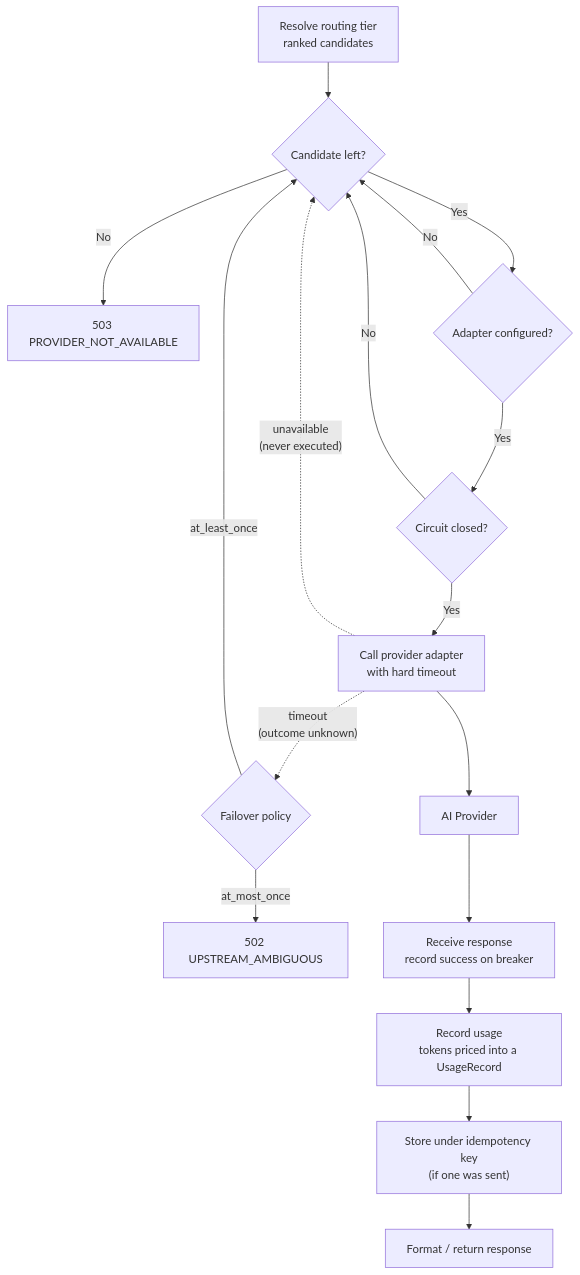
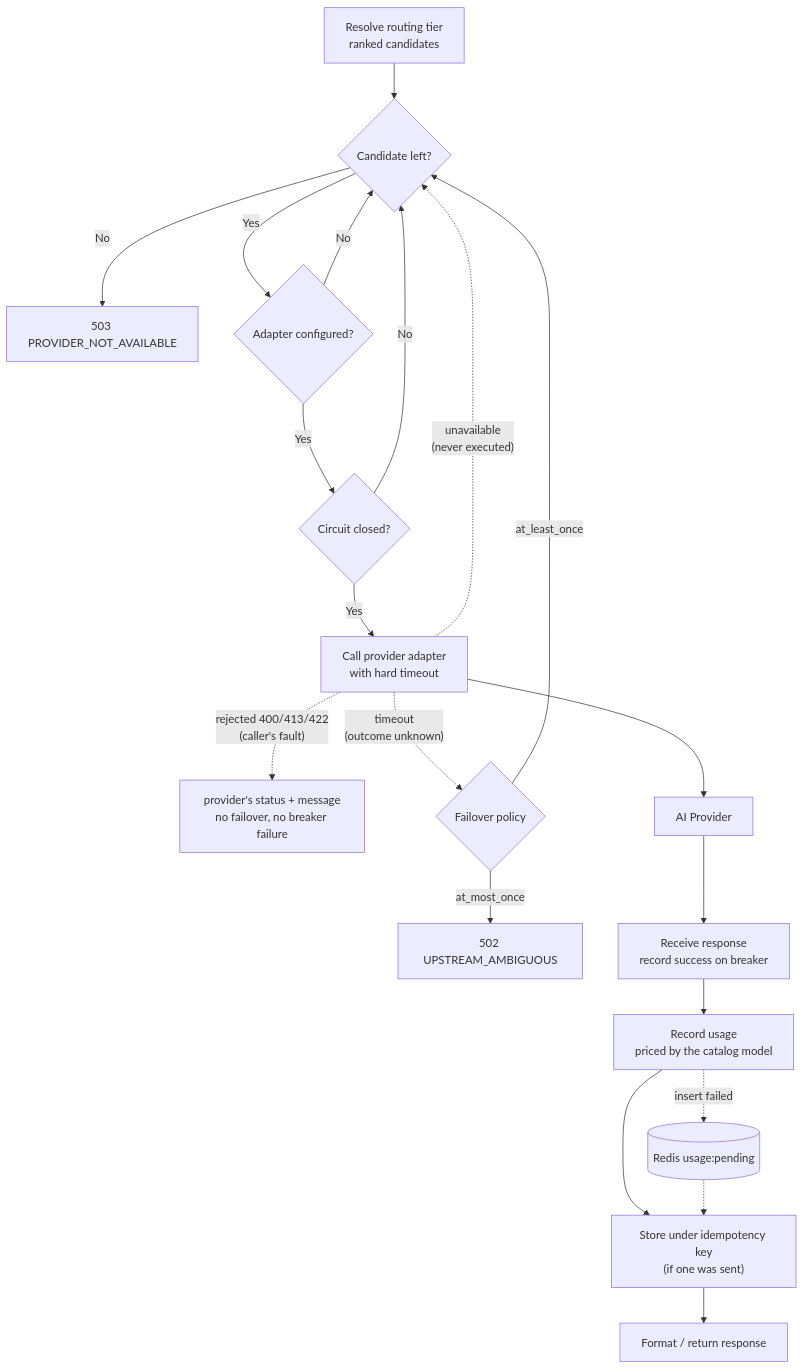
Before and after one commit to MaximoBerth0/Relayix: the third of 4 diagrams in docs/system_flow.md, drawn with Mermaid. The commit also changed other lines of this file and 29 other files, not shown here.

Commit message:
[usage] add retry worker in ECS | add redis replication | fix idempotency in long streaming

````diff
--- a/docs/system_flow.md
+++ b/docs/system_flow.md
@@ -46,19 +55,22 @@
 ```mermaid
 flowchart TB
     B10["Resolve routing tier<br/>ranked candidates"] --> B11{Candidate left?}
     B11 -- No --> R503["503 PROVIDER_NOT_AVAILABLE"]
     B11 -- Yes --> B12{Adapter configured?}
     B12 -- No --> B11
     B12 -- Yes --> B13{Circuit closed?}
     B13 -- No --> B11
     B13 -- Yes --> B14["Call provider adapter<br/>with hard timeout"]
     B14 -. "unavailable<br/>(never executed)" .-> B11
+    B14 -. "rejected 400/413/422<br/>(caller's fault)" .-> R4XX["provider's status + message<br/>no failover, no breaker failure"]
     B14 -. "timeout<br/>(outcome unknown)" .-> B15{Failover policy}
     B15 -- at_least_once --> B11
     B15 -- at_most_once --> R502["502 UPSTREAM_AMBIGUOUS"]
     B14 --> G[AI Provider]
     G --> B16["Receive response<br/>record success on breaker"]
-    B16 --> B17["Record usage<br/>tokens priced into a UsageRecord"]
+    B16 --> B17["Record usage<br/>priced by the catalog model"]
+    B17 -. "insert failed" .-> Q[("Redis usage:pending")]
     B17 --> B18["Store under idempotency key<br/>(if one was sent)"]
+    Q -.-> B18
     B18 --> B19["Format / return response"]
 ```
````
